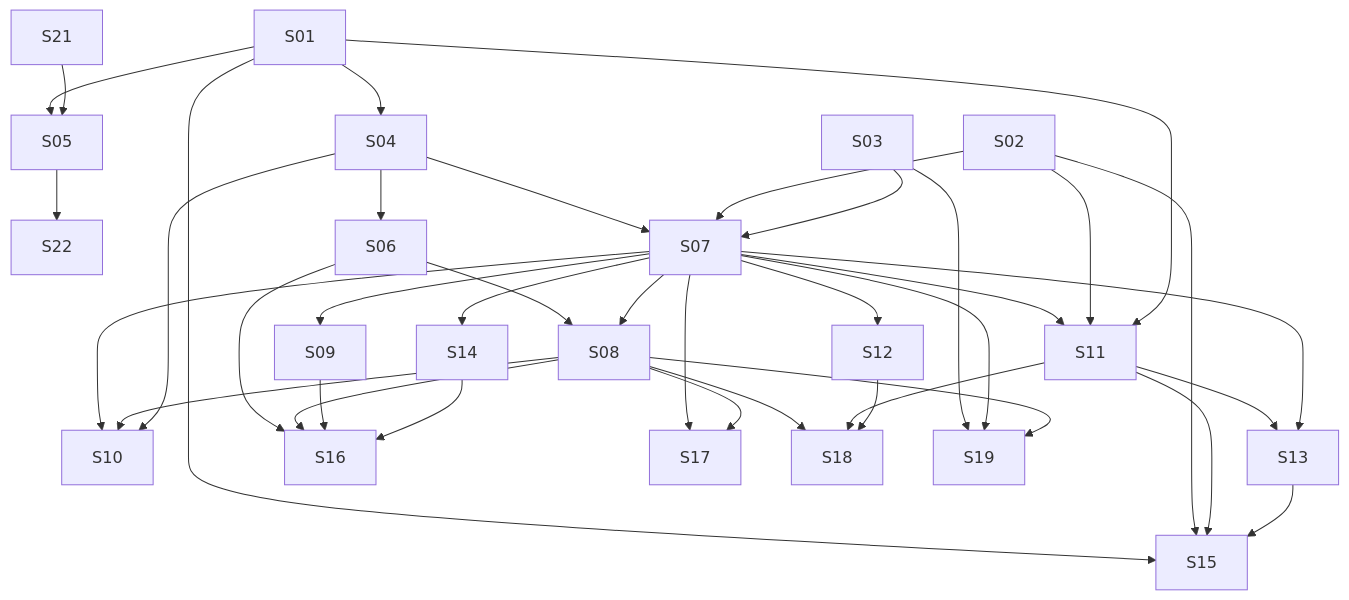
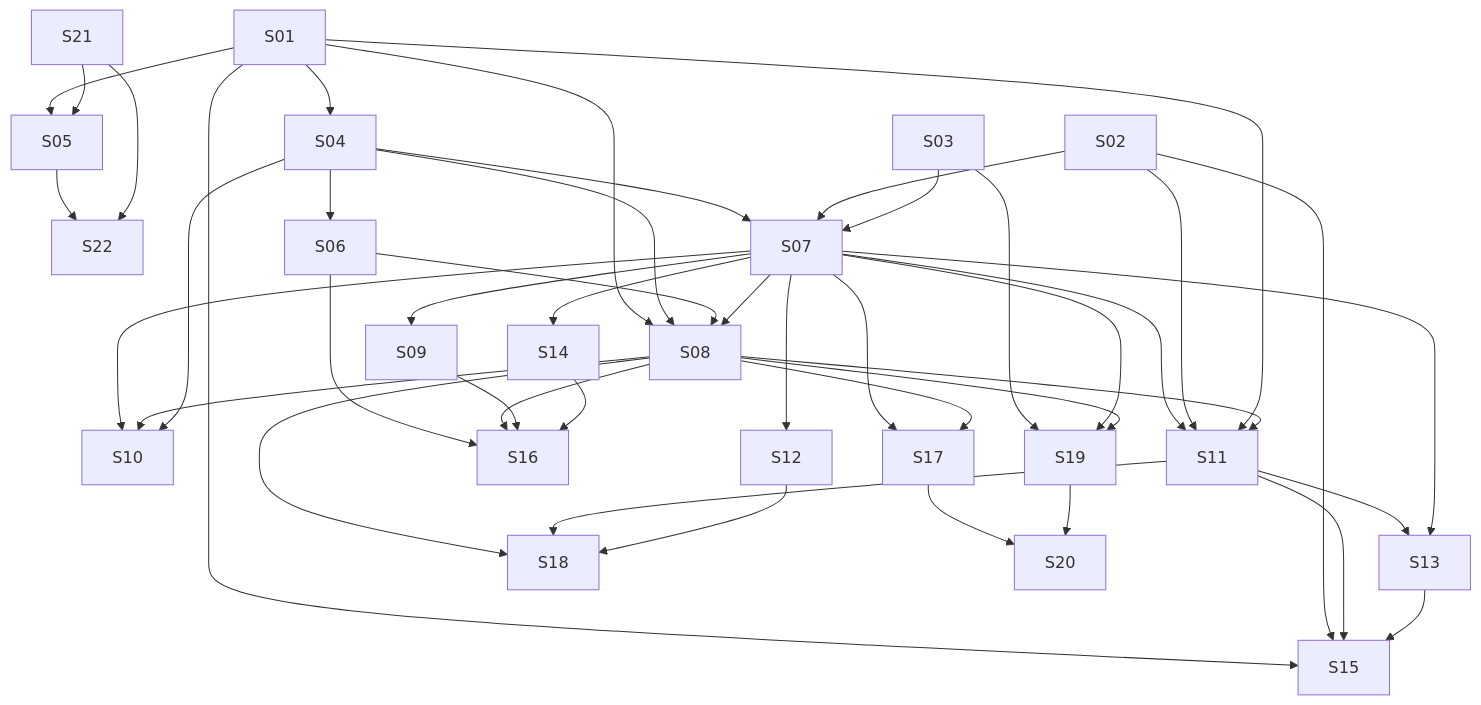
One commit to lmmoreira/ikaro changed the diagram in plan/M24-MULTIVERTICAL-CLASSES-SESSIONS.md. Above: the diagram before and after it, drawn with Mermaid. The commit also changed other lines of this file and 135 other files, not shown here.

````diff
--- a/plan/M24-MULTIVERTICAL-CLASSES-SESSIONS.md
+++ b/plan/M24-MULTIVERTICAL-CLASSES-SESSIONS.md
@@ -44,40 +44,46 @@
 ```mermaid
 graph TD
   S01 --> S04
   S01 --> S05
   S21 --> S05
   S05 --> S22
+  S21 --> S22
   S04 --> S06
   S04 --> S07
   S02 --> S07
   S03 --> S07
+  S01 --> S08
+  S04 --> S08
   S06 --> S08
   S07 --> S08
   S07 --> S09
   S07 --> S10
   S08 --> S10
   S04 --> S10
   S07 --> S11
   S02 --> S11
   S01 --> S11
+  S08 --> S11
   S07 --> S12
   S11 --> S13
   S07 --> S13
   S07 --> S14
   S01 --> S15
   S02 --> S15
   S11 --> S15
   S13 --> S15
   S06 --> S16
   S08 --> S16
   S09 --> S16
   S14 --> S16
   S07 --> S17
   S08 --> S17
   S08 --> S18
   S11 --> S18
   S12 --> S18
   S03 --> S19
   S07 --> S19
   S08 --> S19
+  S17 --> S20
+  S19 --> S20
 ```
````
